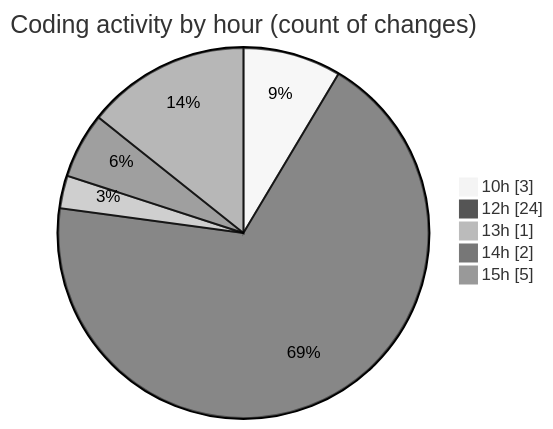
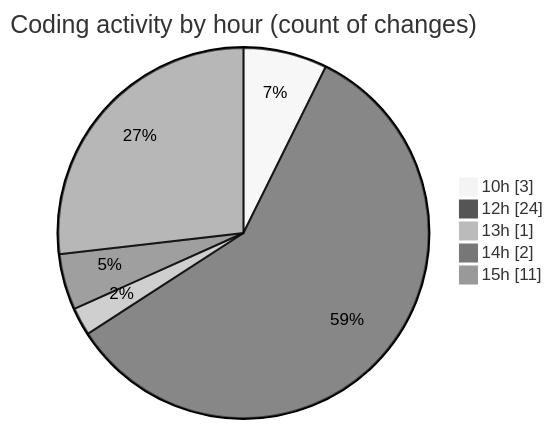
Before and after one commit to momahboobian/code-tracking: the second of 2 diagrams in 2026-10-07/cda/README.md, drawn with Mermaid (neutral theme). The commit also changed other lines of this file and 1 other file, not shown here.

````diff
--- a/2026-10-07/cda/README.md
+++ b/2026-10-07/cda/README.md
@@ -59,9 +61,9 @@
 ```mermaid
 pie showData
 title Coding activity by hour (count of changes)
 "10h" : 3
 "12h" : 24
 "13h" : 1
 "14h" : 2
-"15h" : 5
+"15h" : 11
 ```
````
